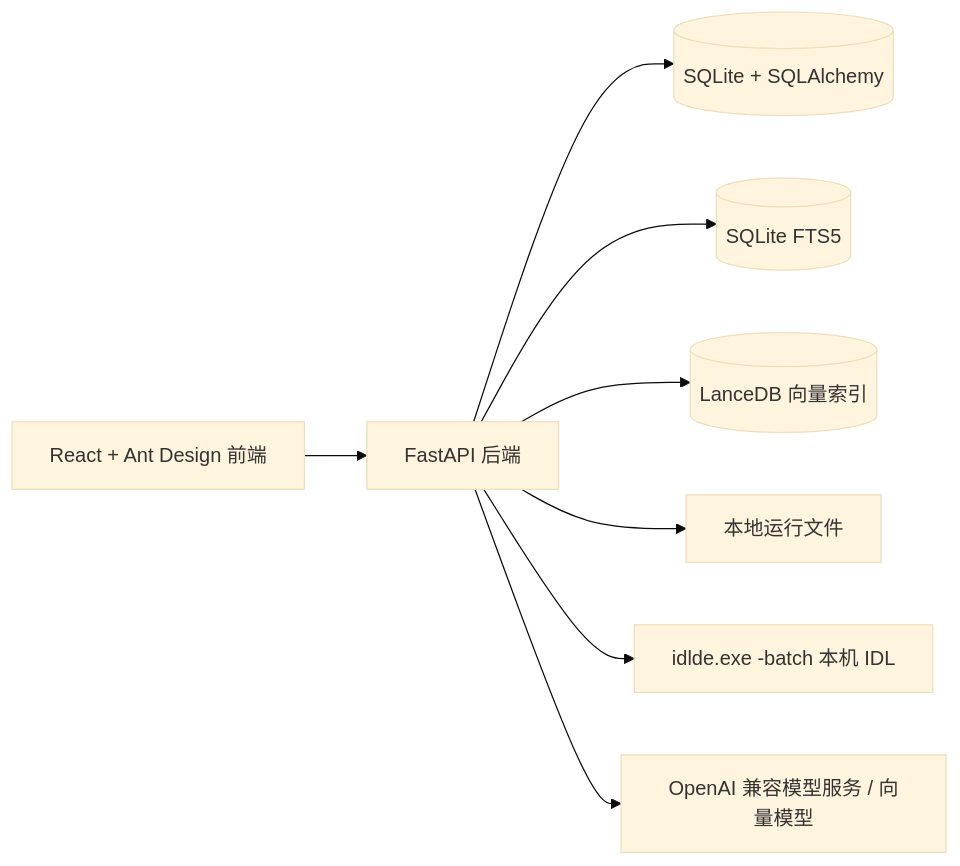
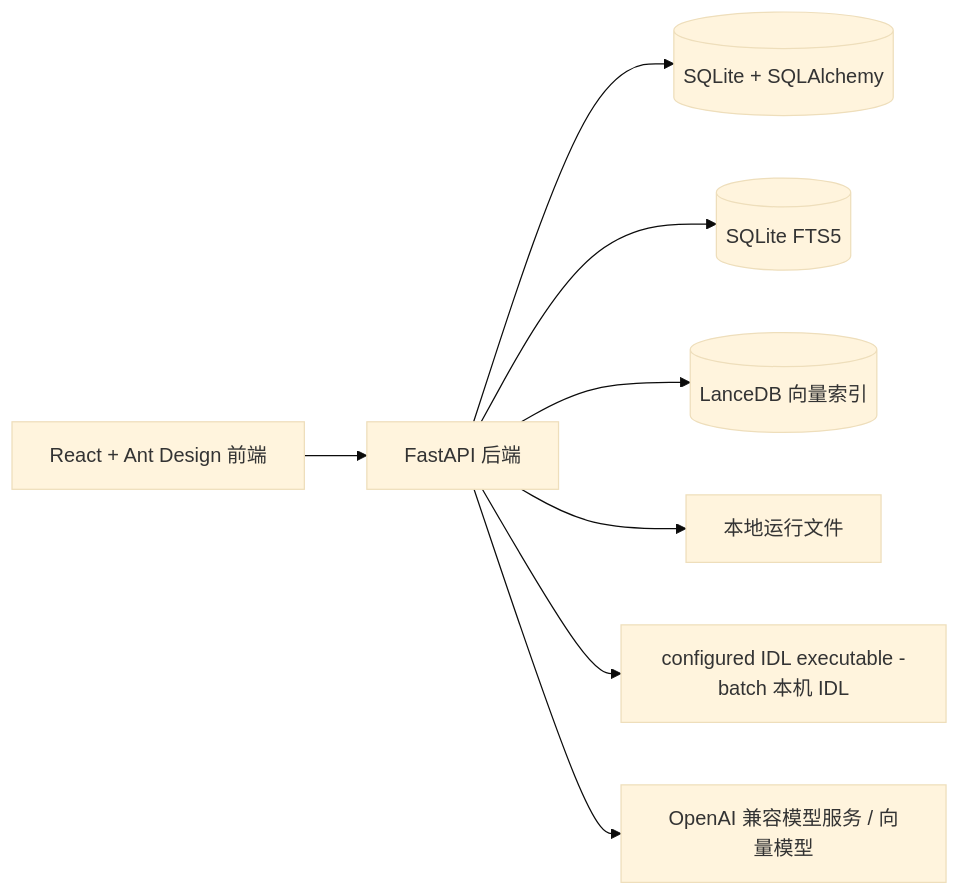
The third of 3 diagrams in README.md (GeoSyntax/idl-rag), drawn with Mermaid (base theme) before and after one commit. The commit also changed other lines of this file and 102 other files, not shown here.

````diff
--- a/README.md
+++ b/README.md
@@ -125,10 +197,10 @@
 ```mermaid
 flowchart LR
   UI[React + Ant Design 前端] --> API[FastAPI 后端]
   API --> DB[(SQLite + SQLAlchemy)]
   API --> FTS[(SQLite FTS5)]
   API --> VEC[(LanceDB 向量索引)]
   API --> FS[本地运行文件]
-  API --> IDL[idlde.exe -batch 本机 IDL]
+  API --> IDL[configured IDL executable -batch 本机 IDL]
   API --> LLM[OpenAI 兼容模型服务 / 向量模型]
 ```
````
